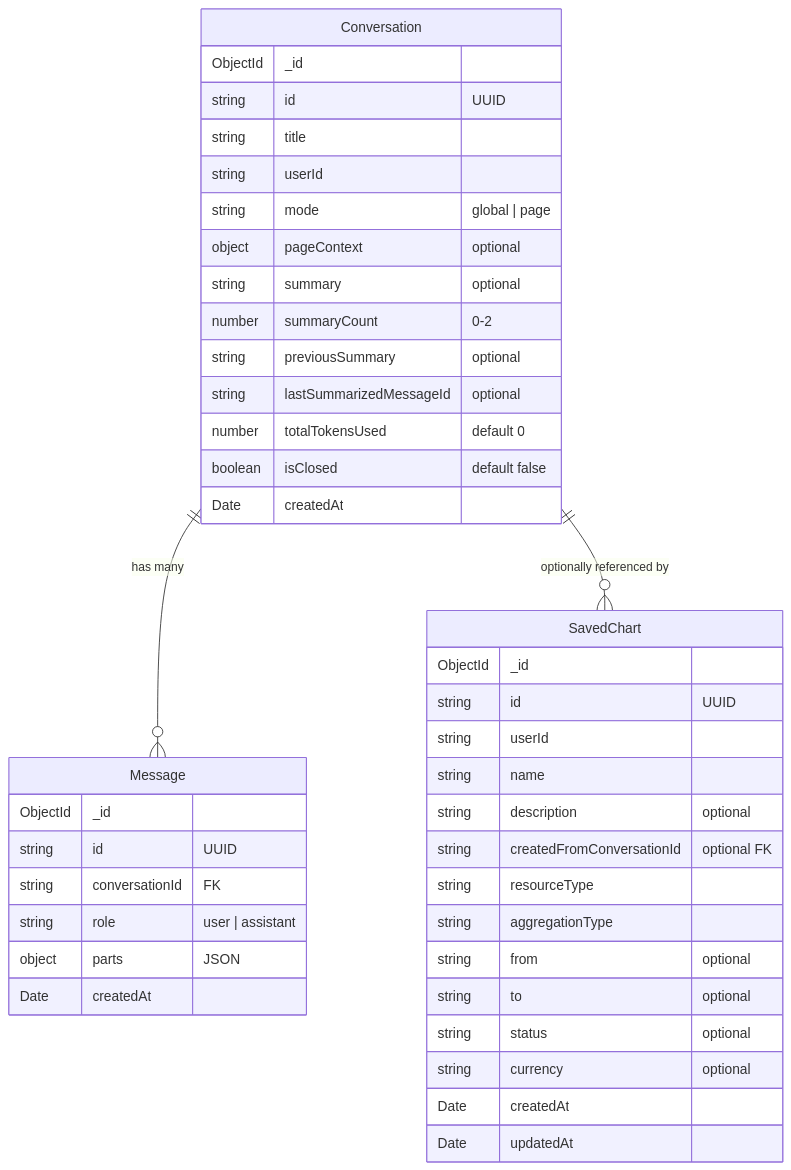
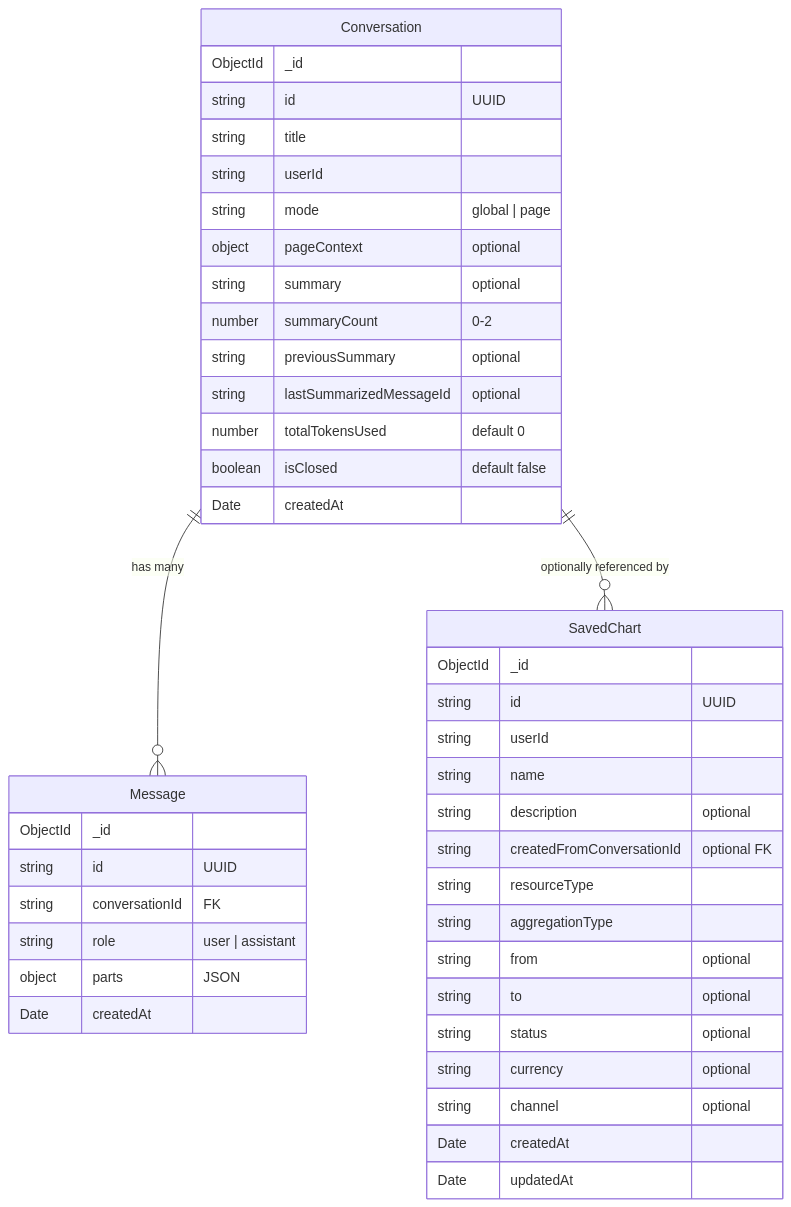
One commit to alex-paystack/command-centre-api changed the diagram in docs/database.md. Above: the diagram before and after it, drawn with Mermaid. The commit also changed other lines of this file and 25 other files, not shown here.

Commit message:
feat: implement caching for saved charts and cleanup saved charts module

````diff
--- a/docs/database.md
+++ b/docs/database.md
@@ -332,47 +335,48 @@
 ```mermaid
 erDiagram
     Conversation {
         ObjectId _id
         string id "UUID"
         string title
         string userId
         string mode "global | page"
         object pageContext "optional"
         string summary "optional"
         number summaryCount "0-2"
         string previousSummary "optional"
         string lastSummarizedMessageId "optional"
         number totalTokensUsed "default 0"
         boolean isClosed "default false"
         Date createdAt
     }
 
     Message {
         ObjectId _id
         string id "UUID"
         string conversationId "FK"
         string role "user | assistant"
         object parts "JSON"
         Date createdAt
     }
 
     SavedChart {
         ObjectId _id
         string id "UUID"
         string userId
         string name
         string description "optional"
         string createdFromConversationId "optional FK"
         string resourceType
         string aggregationType
         string from "optional"
         string to "optional"
         string status "optional"
         string currency "optional"
+        string channel "optional"
         Date createdAt
         Date updatedAt
     }
 
     Conversation ||--o{ Message : "has many"
     Conversation ||--o{ SavedChart : "optionally referenced by"
 ```
````
